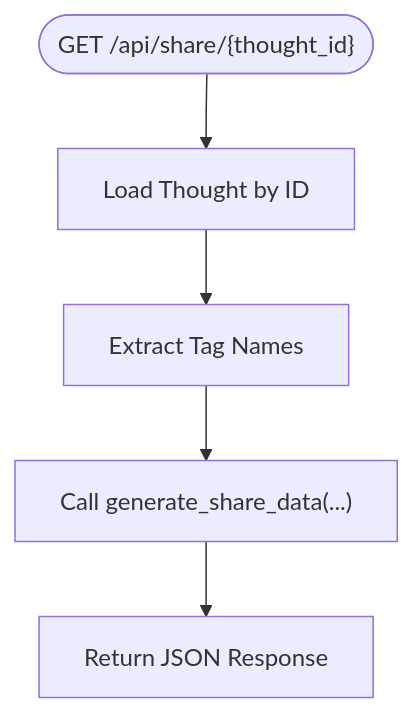
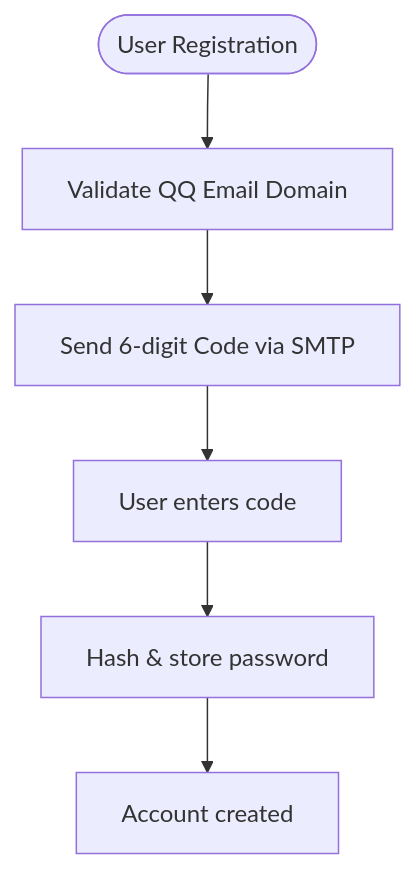
One commit to PolarisW007/PolaZhenJing changed the third of 6 diagrams in .qoder/repowiki/en/content/Backend Application/Social Sharing.md. Above: the diagram before and after it, drawn with Mermaid. The commit also changed other lines of this file and 153 other files, not shown here.

````diff
--- a/.qoder/repowiki/en/content/Backend Application/Social Sharing.md
+++ b/.qoder/repowiki/en/content/Backend Application/Social Sharing.md
@@ -127,7 +139,8 @@
 ```mermaid
 flowchart TD
-Start(["GET /api/share/{thought_id}"]) --> Load["Load Thought by ID"]
-Load --> ExtractTags["Extract Tag Names"]
-ExtractTags --> CallService["Call generate_share_data(...)"]
-CallService --> Return["Return JSON Response"]
+Start(["User Registration"]) --> Validate["Validate QQ Email Domain"]
+Validate --> SendCode["Send 6-digit Code via SMTP"]
+SendCode --> Verify["User enters code"]
+Verify --> HashPass["Hash & store password"]
+HashPass --> Success["Account created"]
 ```
````
